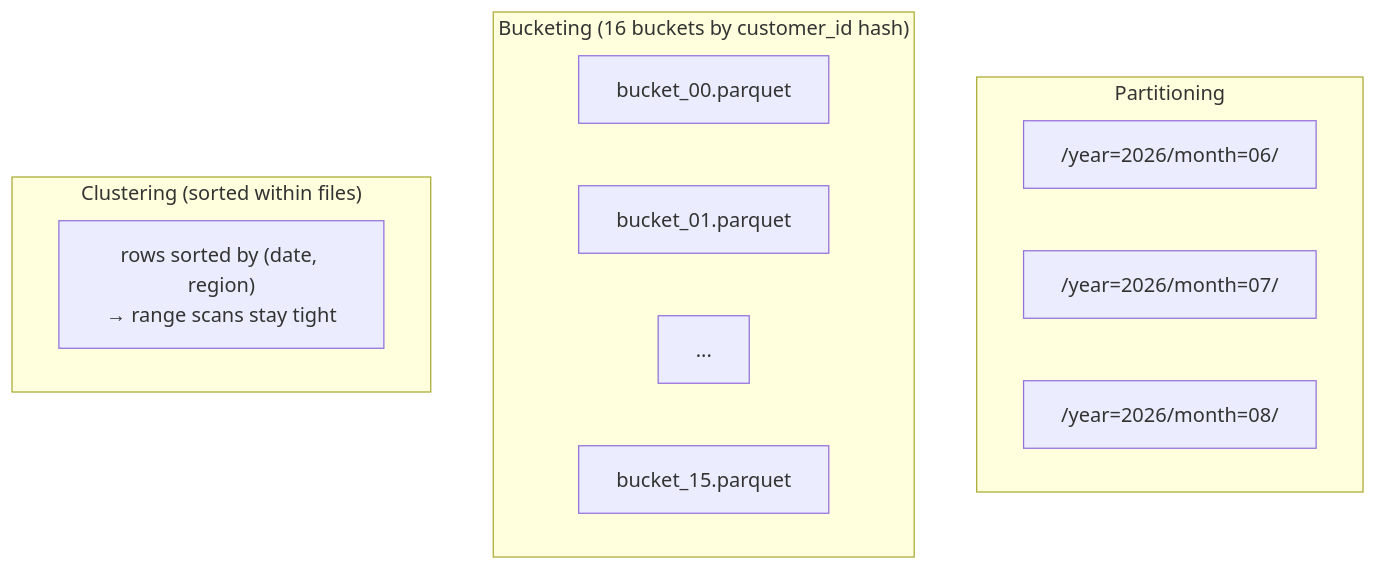
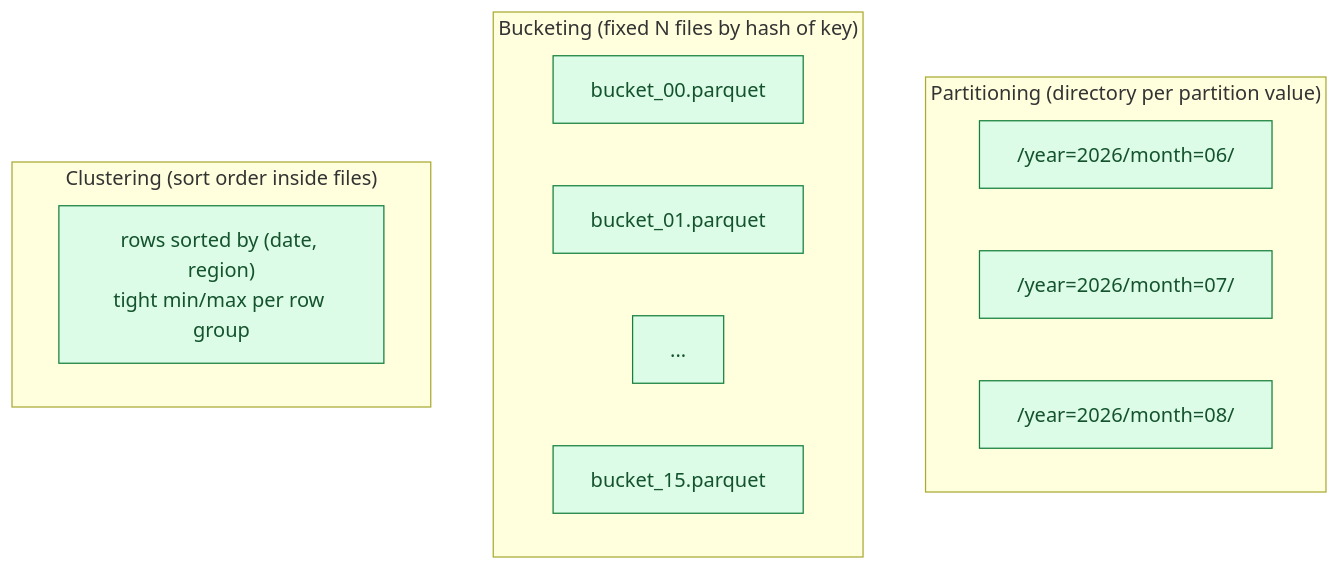
One commit to shiningflash/shiningflash.github.io changed the first of 2 diagrams in _de_concepts/020-partitioning-vs-bucketing-vs-clustering.md. Above: the diagram before and after it, drawn with Mermaid. The commit also changed other lines of this file and 69 other files, not shown here.

````diff
--- a/_de_concepts/020-partitioning-vs-bucketing-vs-clustering.md
+++ b/_de_concepts/020-partitioning-vs-bucketing-vs-clustering.md
@@ -12,17 +14,20 @@
 ```mermaid
 flowchart TB
-    subgraph P["Partitioning"]
+    subgraph P["Partitioning (directory per partition value)"]
         P1["/year=2026/month=06/"]
         P2["/year=2026/month=07/"]
         P3["/year=2026/month=08/"]
     end
-    subgraph B["Bucketing (16 buckets by customer_id hash)"]
+    subgraph B["Bucketing (fixed N files by hash of key)"]
         B1["bucket_00.parquet"]
         B2["bucket_01.parquet"]
         Bdots["..."]
         B16["bucket_15.parquet"]
     end
-    subgraph C["Clustering (sorted within files)"]
-        C1["rows sorted by (date, region)<br/>→ range scans stay tight"]
+    subgraph C["Clustering (sort order inside files)"]
+        C1["rows sorted by (date, region)<br/>tight min/max per row group"]
     end
+
+    classDef any fill:#dcfce7,stroke:#15803d,color:#14532d
+    class P1,P2,P3,B1,B2,Bdots,B16,C1 any
 ```
````
